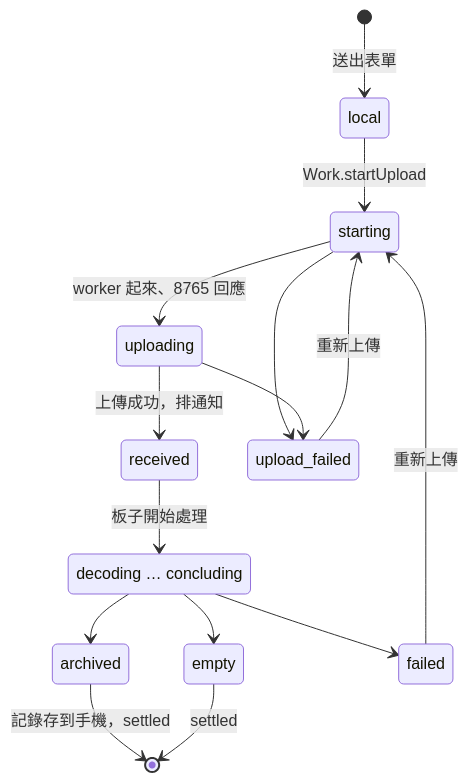
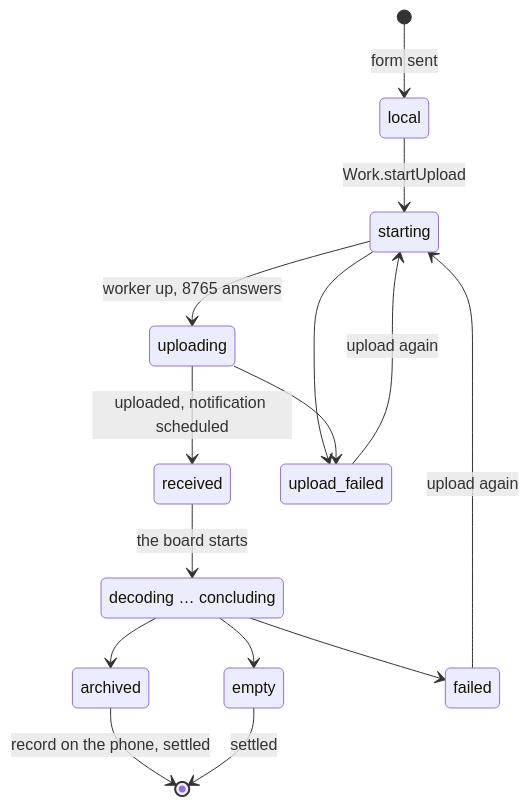
One commit to harold-2022-cloud/ten-framework-arm64 changed the second of 2 diagrams in ai_agents/meeting-app-android/DEVELOPMENT.md. Above: the diagram before and after it, drawn with Mermaid. The commit also changed other lines of this file and 2 other files, not shown here.

````diff
--- a/ai_agents/meeting-app-android/DEVELOPMENT.md
+++ b/ai_agents/meeting-app-android/DEVELOPMENT.md
@@ -181,18 +213,18 @@
 ```mermaid
 stateDiagram-v2
-    [*] --> local: 送出表單
+    [*] --> local: form sent
     local --> starting: Work.startUpload
-    starting --> uploading: worker 起來、8765 回應
-    uploading --> received: 上傳成功，排通知
+    starting --> uploading: worker up, 8765 answers
+    uploading --> received: uploaded, notification scheduled
     starting --> upload_failed
     uploading --> upload_failed
-    upload_failed --> starting: 重新上傳
-    received --> processing: 板子開始處理
+    upload_failed --> starting: upload again
+    received --> processing: the board starts
     state "decoding … concluding" as processing
     processing --> archived
     processing --> empty
     processing --> failed
-    failed --> starting: 重新上傳
-    archived --> [*]: 記錄存到手機，settled
+    failed --> starting: upload again
+    archived --> [*]: record on the phone, settled
     empty --> [*]: settled
 ```
````
